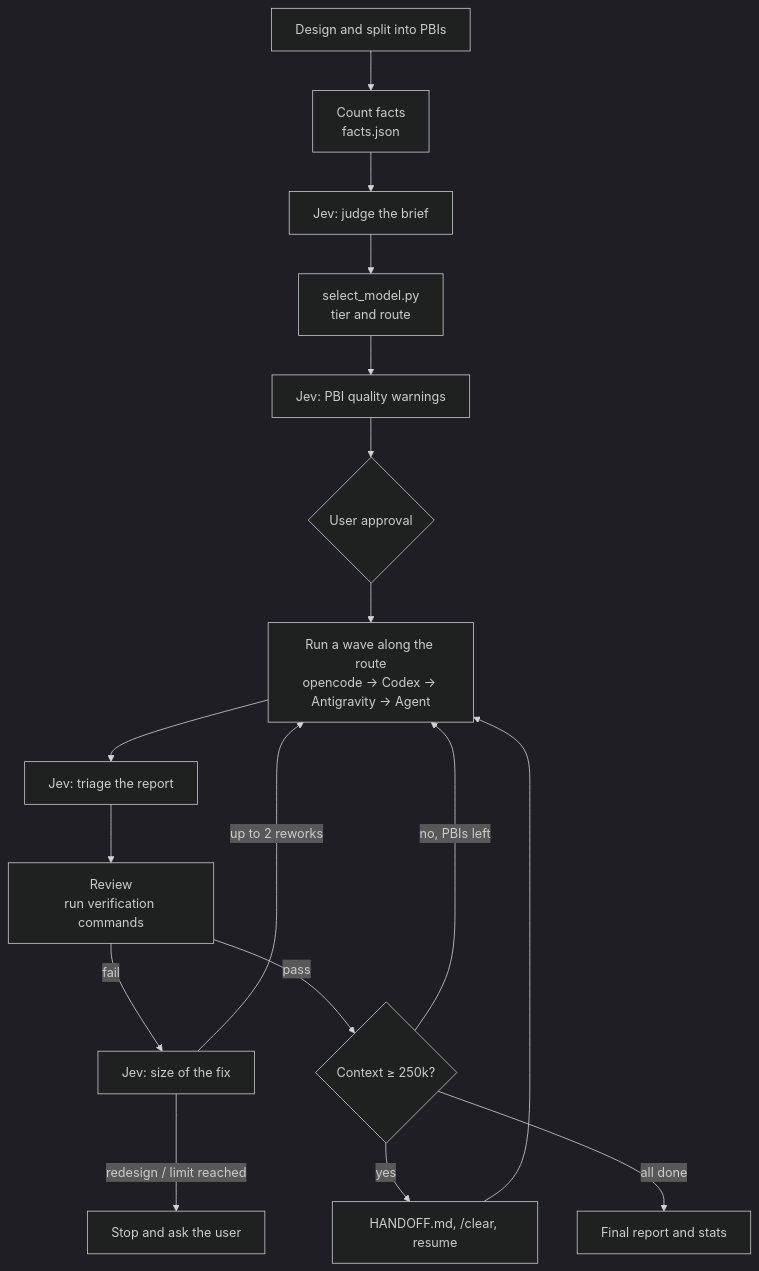
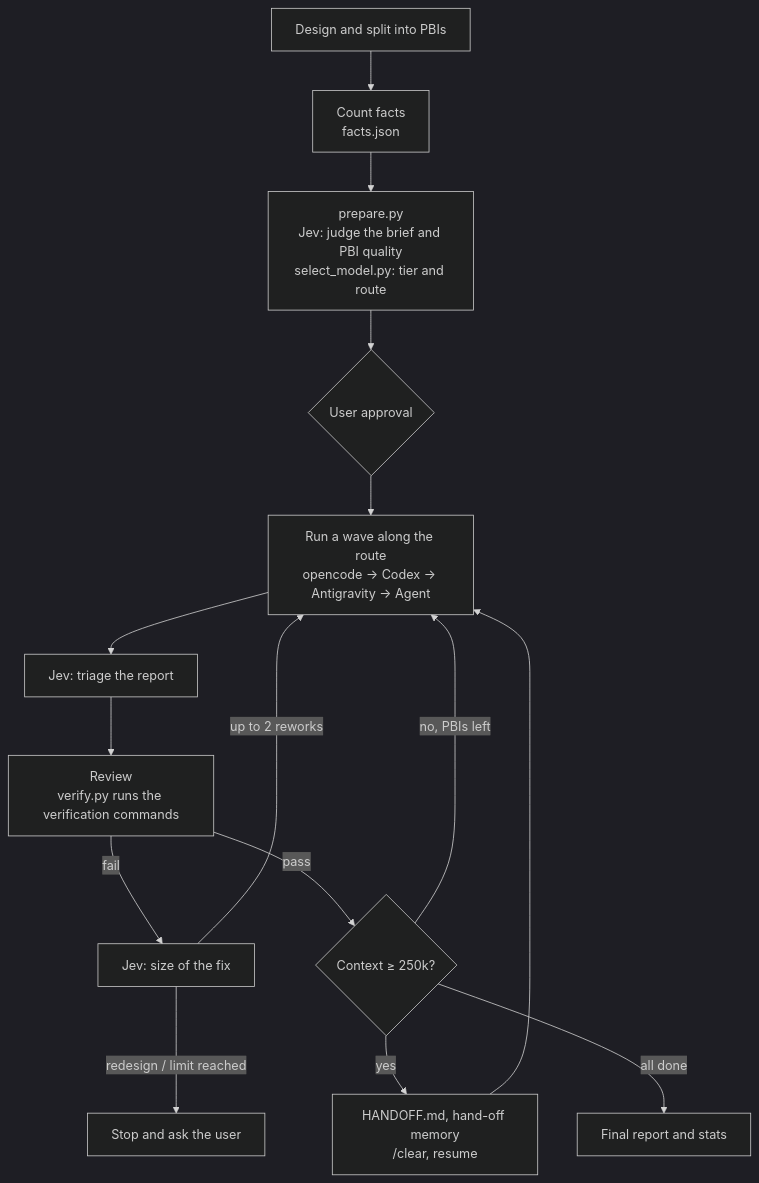
The diagram in README.md (reeschan/atelier), drawn with Mermaid (dark theme) before and after one commit. The commit also changed other lines of this file and 4 other files, not shown here.

First line of the commit message:
README: redraw the architecture diagram and catch up with the skill

````diff
--- a/README.md
+++ b/README.md
@@ -37,19 +38,17 @@
 ```mermaid
 flowchart TD
   A[Design and split into PBIs] --> B[Count facts<br/>facts.json]
-  B --> C[Jev: judge the brief]
-  C --> D[select_model.py<br/>tier and route]
-  D --> E[Jev: PBI quality warnings]
-  E --> F{User approval}
+  B --> C[prepare.py<br/>Jev: judge the brief and PBI quality<br/>select_model.py: tier and route]
+  C --> F{User approval}
   F --> G[Run a wave along the route<br/>opencode → Codex → Antigravity → Agent]
   G --> H[Jev: triage the report]
-  H --> I[Review<br/>run verification commands]
+  H --> I[Review<br/>verify.py runs the verification commands]
   I -->|fail| K[Jev: size of the fix]
   K -->|up to 2 reworks| G
   K -->|redesign / limit reached| L[Stop and ask the user]
   I -->|pass| M{Context ≥ 250k?}
   M -->|no, PBIs left| G
-  M -->|yes| N[HANDOFF.md, /clear, resume]
+  M -->|yes| N[HANDOFF.md, hand-off memory<br/>/clear, resume]
   N --> G
   M -->|all done| J[Final report and stats]
 ```
````
